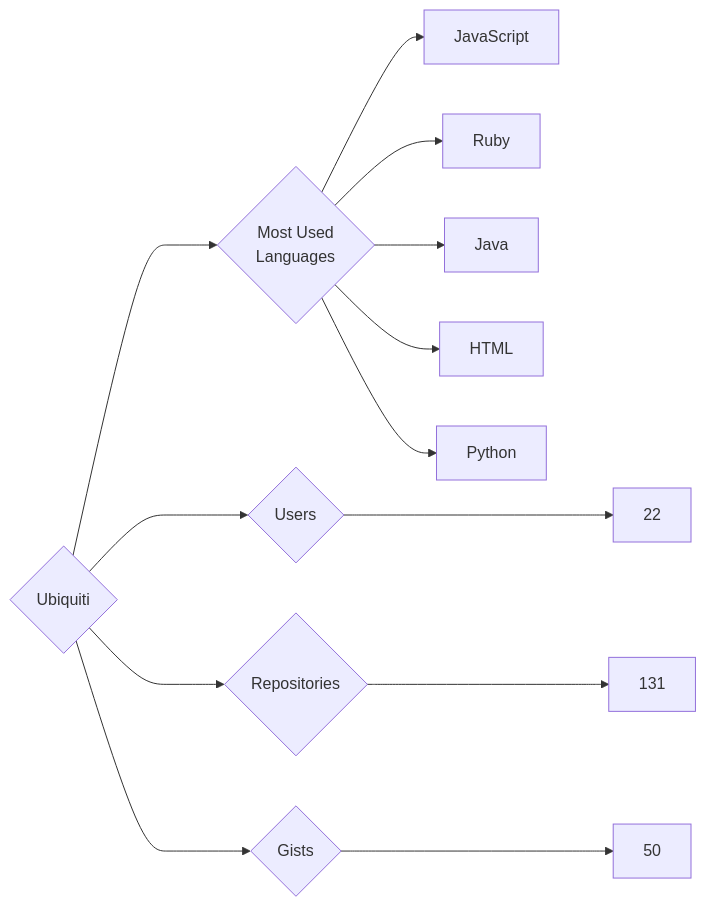
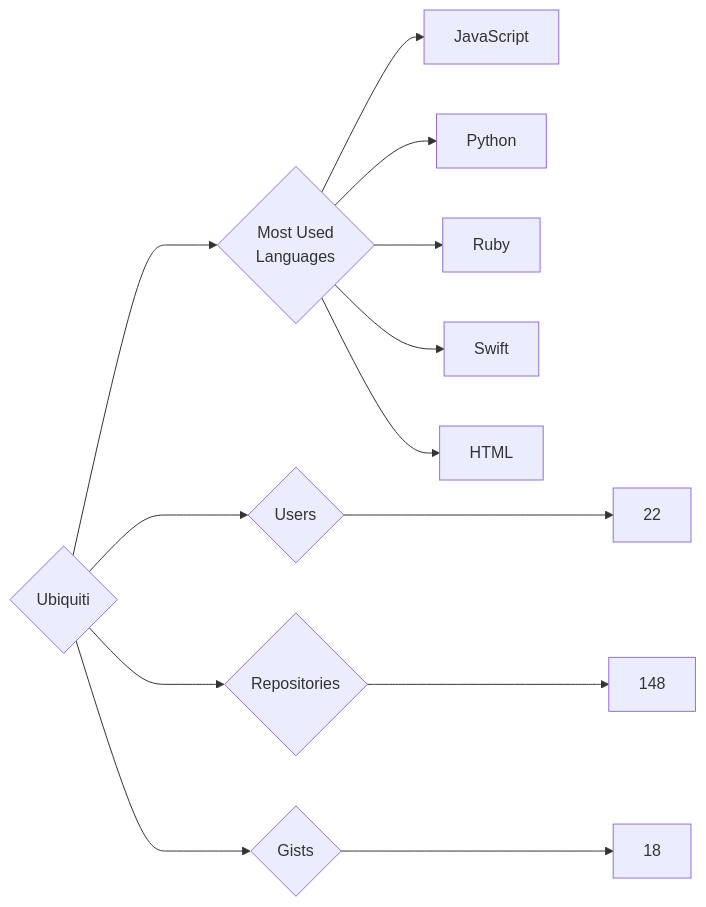
The diagram in targets/Ubiquiti/README.md (trickest/insiders), drawn with Mermaid before and after one commit. The commit also changed 973 other files, not shown here.

````diff
--- a/targets/Ubiquiti/README.md
+++ b/targets/Ubiquiti/README.md
@@ -3,13 +3,13 @@
 ```mermaid
 graph LR
 COMPANY_NAME{Ubiquiti}
 COMPANY_NAME ---> U{Users} ---> UN[22]
-COMPANY_NAME ---> R{Repositories} ---> RN[131]
-COMPANY_NAME ---> G{Gists} ---> GN[50]
+COMPANY_NAME ---> R{Repositories} ---> RN[148]
+COMPANY_NAME ---> G{Gists} ---> GN[18]
 COMPANY_NAME ---> ML{Most Used<br>Languages}
 ML --> JavaScript[JavaScript]
+ML --> Python[Python]
 ML --> Ruby[Ruby]
-ML --> Java[Java]
+ML --> Swift[Swift]
 ML --> HTML[HTML]
-ML --> Python[Python]
 ```
````
